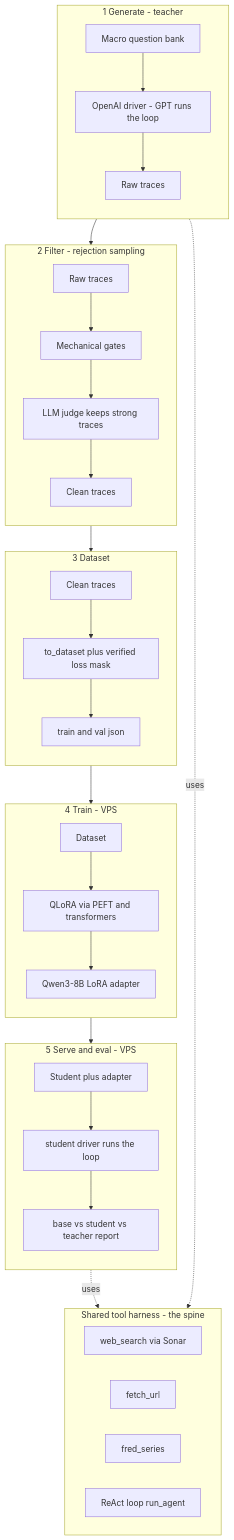
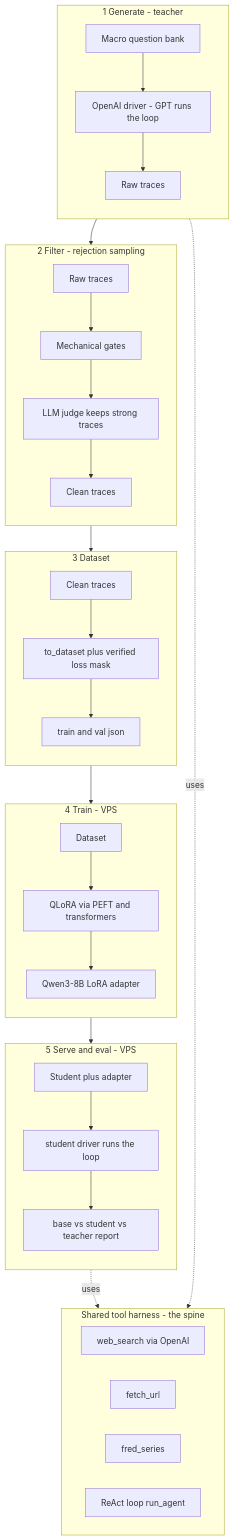
The diagram in README.md (ashcastelinocs124/Fine-Tune-Models), drawn with Mermaid before and after one commit. The commit also changed other lines of this file and 4 other files, not shown here.

Commit message:
feat: web_search via OpenAI Responses API, Perplexity Sonar removed

````diff
--- a/README.md
+++ b/README.md
@@ -26,39 +26,39 @@
 ```mermaid
 flowchart TB
   subgraph HARNESS["Shared tool harness - the spine"]
     direction LR
-    ws["web_search via Sonar"]
+    ws["web_search via OpenAI"]
     fu["fetch_url"]
     fr["fred_series"]
     loop["ReAct loop run_agent"]
   end
 
   subgraph GEN["1 Generate - teacher"]
     direction TB
     qb["Macro question bank"] --> oai["OpenAI driver - GPT runs the loop"] --> raw["Raw traces"]
   end
 
   subgraph FILTER["2 Filter - rejection sampling"]
     direction TB
     raw2["Raw traces"] --> gates["Mechanical gates"] --> judge["LLM judge keeps strong traces"] --> clean["Clean traces"]
   end
 
   subgraph DATA["3 Dataset"]
     direction TB
     clean2["Clean traces"] --> conv["to_dataset plus verified loss mask"] --> ds["train and val json"]
   end
 
   subgraph TRAIN["4 Train - VPS"]
     direction TB
     ds2["Dataset"] --> qlora["QLoRA via PEFT and transformers"] --> adapter["Qwen3-8B LoRA adapter"]
   end
 
   subgraph SERVE["5 Serve and eval - VPS"]
     direction TB
     student["Student plus adapter"] --> drv["student driver runs the loop"] --> report["base vs student vs teacher report"]
   end
 
   GEN --> FILTER --> DATA --> TRAIN --> SERVE
   oai -.uses.-> loop
   drv -.uses.-> loop
 ```
````
